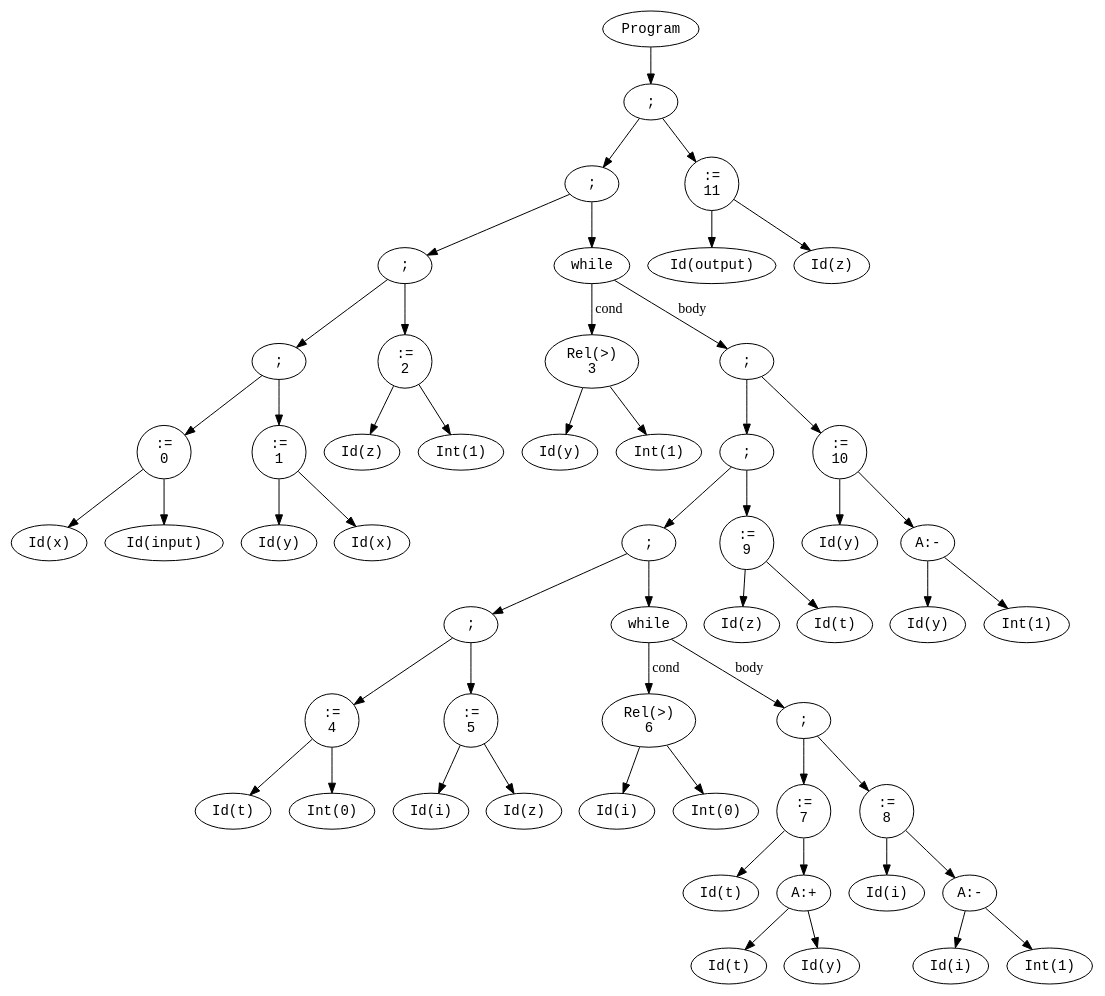
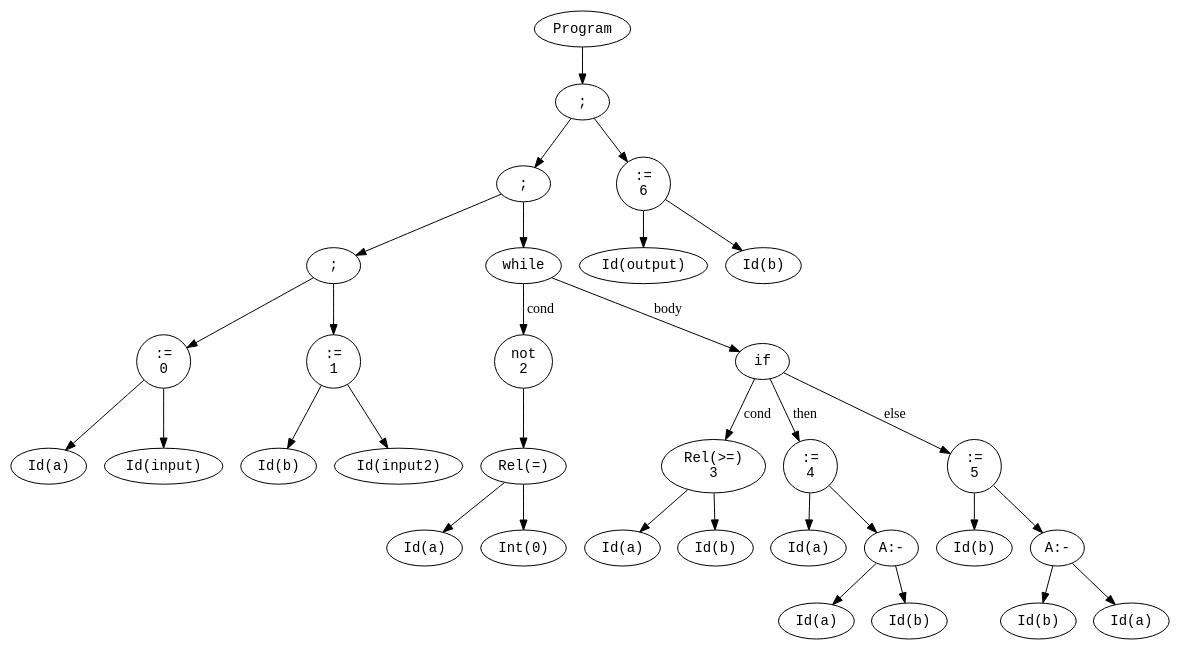
The diagram in project2/src/dotfiles/ast.dot (CatchSyntaxTerror/Terminators), drawn with Graphviz before and after one commit. The commit also changed 20 other files, not shown here.

```diff
--- a/project2/src/dotfiles/ast.dot
+++ b/project2/src/dotfiles/ast.dot
@@ -1,110 +1,66 @@
 digraph AST {
   node [shape=ellipse, fontname="Courier"];
   n1 [label="Program"];
   n2 [label=";"];
   n3 [label=";"];
   n4 [label=";"];
-  n5 [label=";"];
-  n6 [label=":=\n0"];
-  n7 [label="Id(x)"];
-  n8 [label="Id(input)"];
-  n6 -> n7;
-  n6 -> n8;
-  n9 [label=":=\n1"];
-  n10 [label="Id(y)"];
-  n11 [label="Id(x)"];
-  n9 -> n10;
-  n9 -> n11;
+  n5 [label=":=\n0"];
+  n6 [label="Id(a)"];
+  n7 [label="Id(input)"];
   n5 -> n6;
-  n5 -> n9;
-  n12 [label=":=\n2"];
-  n13 [label="Id(z)"];
-  n14 [label="Int(1)"];
+  n5 -> n7;
+  n8 [label=":=\n1"];
+  n9 [label="Id(b)"];
+  n10 [label="Id(input2)"];
+  n8 -> n9;
+  n8 -> n10;
+  n4 -> n5;
+  n4 -> n8;
+  n11 [label="while"];
+  n12 [label="not\n2"];
+  n13 [label="Rel(=)"];
+  n14 [label="Id(a)"];
+  n15 [label="Int(0)"];
+  n13 -> n14;
+  n13 -> n15;
   n12 -> n13;
-  n12 -> n14;
-  n4 -> n5;
-  n4 -> n12;
-  n15 [label="while"];
-  n16 [label="Rel(>)\n3"];
-  n17 [label="Id(y)"];
-  n18 [label="Int(1)"];
-  n16 -> n17;
-  n16 -> n18;
-  n19 [label=";"];
-  n20 [label=";"];
-  n21 [label=";"];
-  n22 [label=";"];
-  n23 [label=":=\n4"];
-  n24 [label="Id(t)"];
-  n25 [label="Int(0)"];
-  n23 -> n24;
-  n23 -> n25;
-  n26 [label=":=\n5"];
-  n27 [label="Id(i)"];
-  n28 [label="Id(z)"];
-  n26 -> n27;
-  n26 -> n28;
+  n16 [label="if"];
+  n17 [label="Rel(>=)\n3"];
+  n18 [label="Id(a)"];
+  n19 [label="Id(b)"];
+  n17 -> n18;
+  n17 -> n19;
+  n20 [label=":=\n4"];
+  n21 [label="Id(a)"];
+  n22 [label="A:-"];
+  n23 [label="Id(a)"];
+  n24 [label="Id(b)"];
   n22 -> n23;
-  n22 -> n26;
-  n29 [label="while"];
-  n30 [label="Rel(>)\n6"];
-  n31 [label="Id(i)"];
-  n32 [label="Int(0)"];
+  n22 -> n24;
+  n20 -> n21;
+  n20 -> n22;
+  n25 [label=":=\n5"];
+  n26 [label="Id(b)"];
+  n27 [label="A:-"];
+  n28 [label="Id(b)"];
+  n29 [label="Id(a)"];
+  n27 -> n28;
+  n27 -> n29;
+  n25 -> n26;
+  n25 -> n27;
+  n16 -> n17 [label="cond"];
+  n16 -> n20 [label="then"];
+  n16 -> n25 [label="else"];
+  n11 -> n12 [label="cond"];
+  n11 -> n16 [label="body"];
+  n3 -> n4;
+  n3 -> n11;
+  n30 [label=":=\n6"];
+  n31 [label="Id(output)"];
+  n32 [label="Id(b)"];
   n30 -> n31;
   n30 -> n32;
-  n33 [label=";"];
-  n34 [label=":=\n7"];
-  n35 [label="Id(t)"];
-  n36 [label="A:+"];
-  n37 [label="Id(t)"];
-  n38 [label="Id(y)"];
-  n36 -> n37;
-  n36 -> n38;
-  n34 -> n35;
-  n34 -> n36;
-  n39 [label=":=\n8"];
-  n40 [label="Id(i)"];
-  n41 [label="A:-"];
-  n42 [label="Id(i)"];
-  n43 [label="Int(1)"];
-  n41 -> n42;
-  n41 -> n43;
-  n39 -> n40;
-  n39 -> n41;
-  n33 -> n34;
-  n33 -> n39;
-  n29 -> n30 [label="cond"];
-  n29 -> n33 [label="body"];
-  n21 -> n22;
-  n21 -> n29;
-  n44 [label=":=\n9"];
-  n45 [label="Id(z)"];
-  n46 [label="Id(t)"];
-  n44 -> n45;
-  n44 -> n46;
-  n20 -> n21;
-  n20 -> n44;
-  n47 [label=":=\n10"];
-  n48 [label="Id(y)"];
-  n49 [label="A:-"];
-  n50 [label="Id(y)"];
-  n51 [label="Int(1)"];
-  n49 -> n50;
-  n49 -> n51;
-  n47 -> n48;
-  n47 -> n49;
-  n19 -> n20;
-  n19 -> n47;
-  n15 -> n16 [label="cond"];
-  n15 -> n19 [label="body"];
-  n3 -> n4;
-  n3 -> n15;
-  n52 [label=":=\n11"];
-  n53 [label="Id(output)"];
-  n54 [label="Id(z)"];
-  n52 -> n53;
-  n52 -> n54;
   n2 -> n3;
-  n2 -> n52;
+  n2 -> n30;
   n1 -> n2;
 }
```
